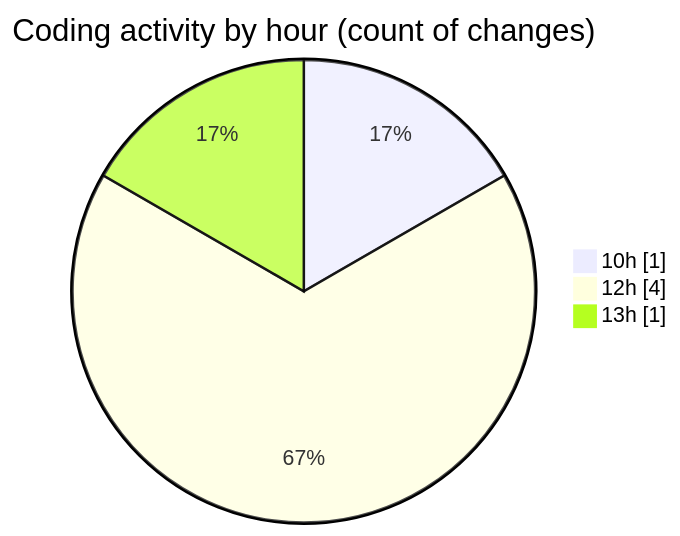
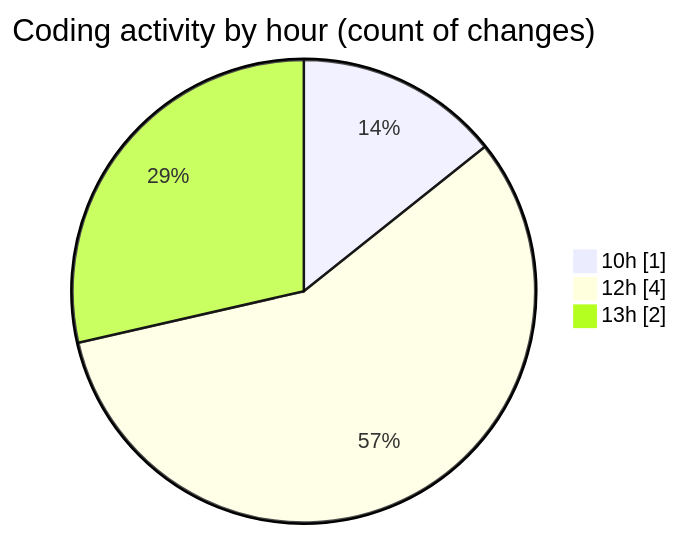
One commit to Ritupan-Deka/code-tracking changed the second of 2 diagrams in 2025-07-09/urlwebwala_intership_work/README.md. Above: the diagram before and after it, drawn with Mermaid. The commit also changed other lines of this file and 1 other file, not shown here.

````diff
--- a/2025-07-09/urlwebwala_intership_work/README.md
+++ b/2025-07-09/urlwebwala_intership_work/README.md
@@ -28,7 +28,7 @@
 ```mermaid
 pie showData
 title Coding activity by hour (count of changes)
 "10h" : 1
 "12h" : 4
-"13h" : 1
+"13h" : 2
 ```
````
